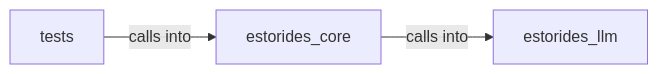
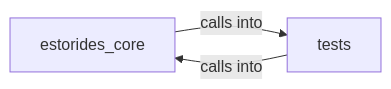
Before and after one commit to grisuno/estorides: the diagram in readmenator-diagrams/estorides_core_parsers.md, drawn with Mermaid. The commit also changed other lines of this file and 184 other files, not shown here.

````diff
--- a/readmenator-diagrams/estorides_core_parsers.md
+++ b/readmenator-diagrams/estorides_core_parsers.md
@@ -5,8 +5,7 @@
 ```mermaid
 graph LR
     estorides_core["estorides_core"]
-    estorides_llm["estorides_llm"]
     tests["tests"]
-    estorides_core -- "calls into" --> estorides_llm
+    estorides_core -- "calls into" --> tests
     tests -- "calls into" --> estorides_core
 ```
````
